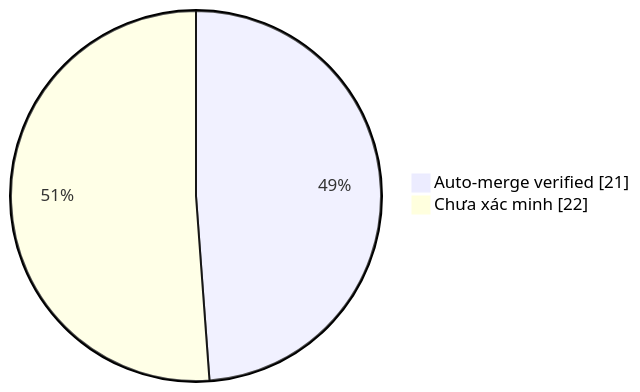
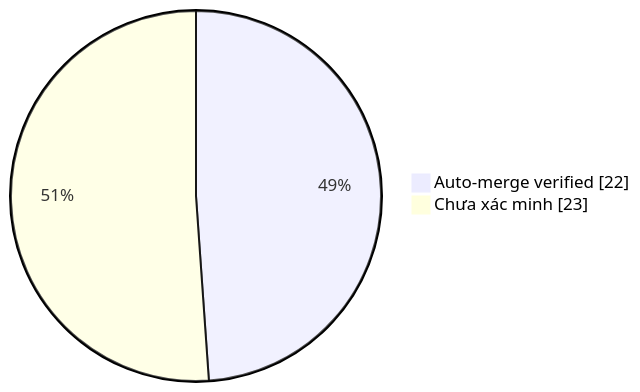
The diagram in collector.md (duykhang68/tetdinhmuiblog), drawn with Mermaid before and after one commit. The commit also changed other lines of this file and 1 other file, not shown here.

Commit message:
docs(collector): update auto-merge evidence dashboard

````diff
--- a/collector.md
+++ b/collector.md
@@ -22,5 +22,5 @@
 ```mermaid
 pie showData
-    "Auto-merge verified" : 21
-    "Chưa xác minh" : 22
+    "Auto-merge verified" : 22
+    "Chưa xác minh" : 23
 ```
````
